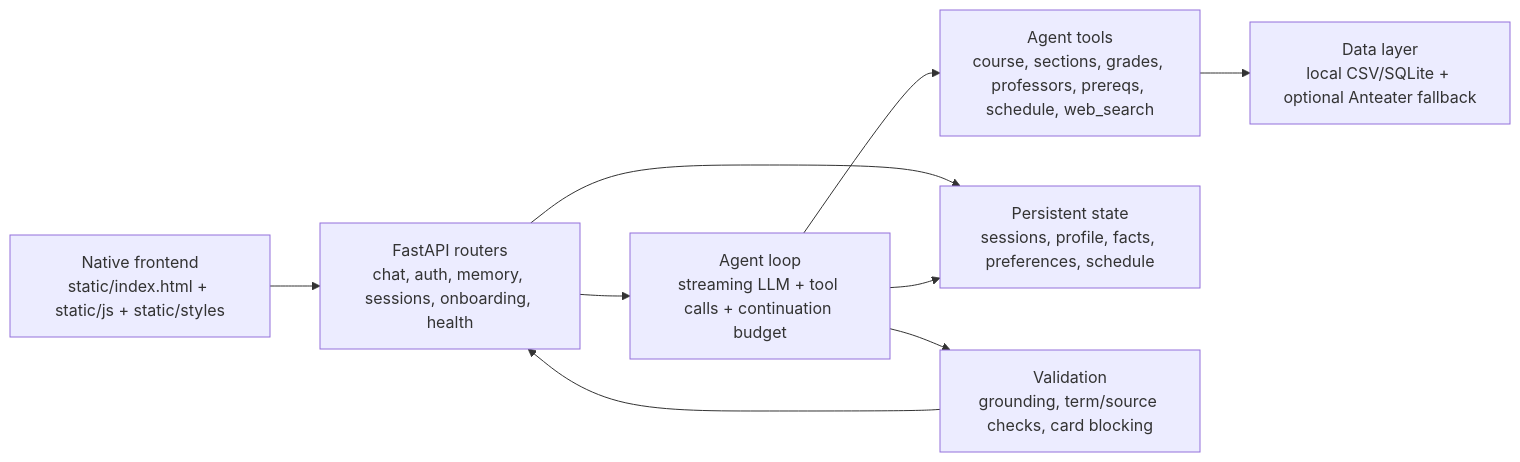
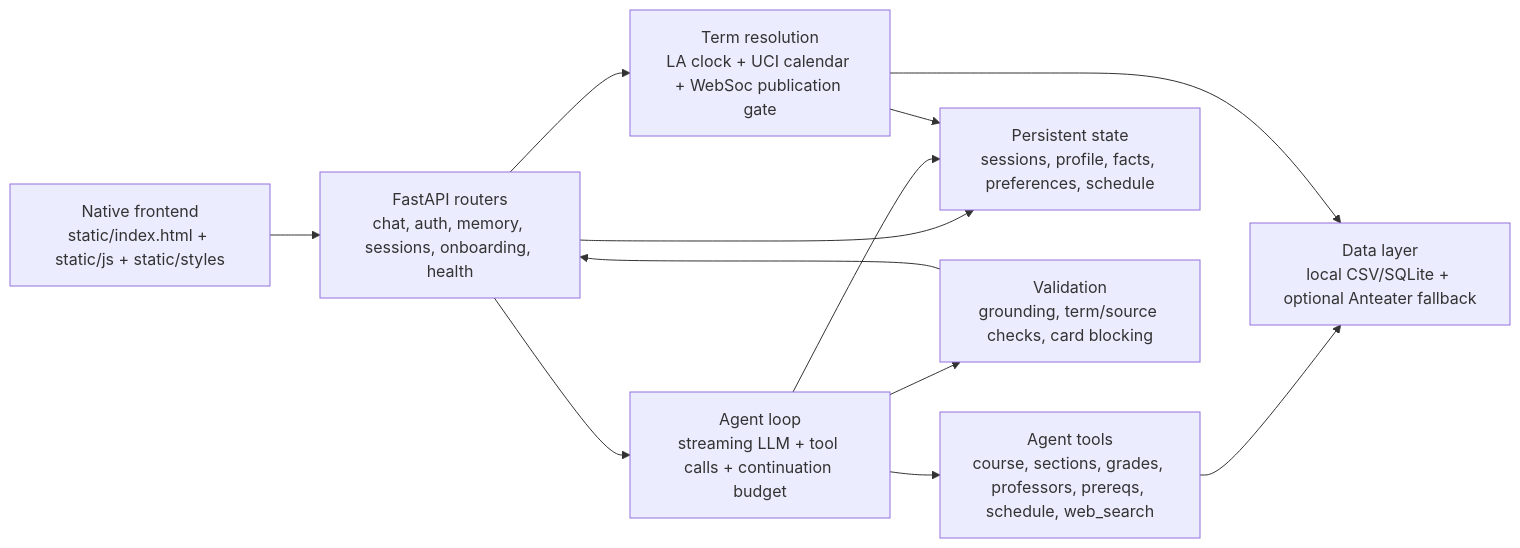
The diagram in README.md (Haoqin-Wei/uci-course-advisor), drawn with Mermaid before and after one commit. The commit also changed other lines of this file and 7 other files, not shown here.

````diff
--- a/README.md
+++ b/README.md
@@ -20,19 +22,23 @@
 ```mermaid
 flowchart LR
   Browser["Native frontend<br/>static/index.html + static/js + static/styles"]
   API["FastAPI routers<br/>chat, auth, memory, sessions, onboarding, health"]
   Agent["Agent loop<br/>streaming LLM + tool calls + continuation budget"]
   Tools["Agent tools<br/>course, sections, grades, professors, prereqs, schedule, web_search"]
   Data["Data layer<br/>local CSV/SQLite + optional Anteater fallback"]
   Memory["Persistent state<br/>sessions, profile, facts, preferences, schedule"]
   Validation["Validation<br/>grounding, term/source checks, card blocking"]
+  Terms["Term resolution<br/>LA clock + UCI calendar + WebSoc publication gate"]
 
   Browser --> API
   API --> Agent
   Agent --> Tools
   Tools --> Data
   API --> Memory
   Agent --> Memory
   Agent --> Validation
   Validation --> API
+  API --> Terms
+  Terms --> Data
+  Terms --> Memory
 ```
````
